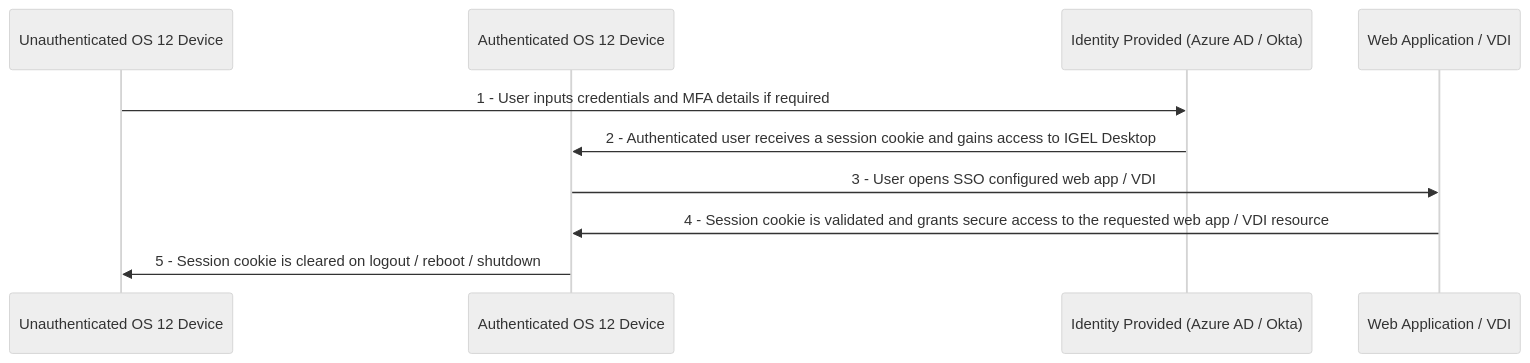
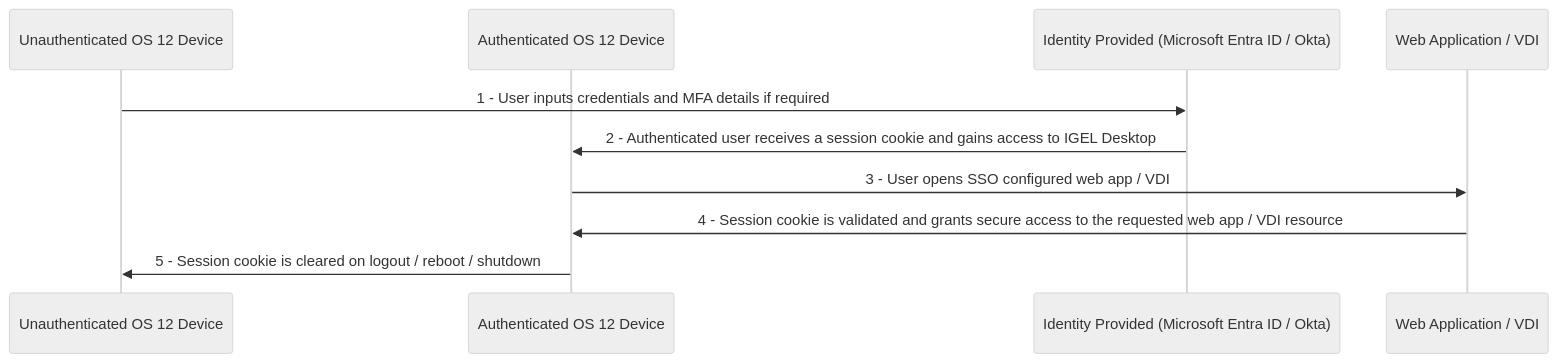
The diagram in docs/Docs/HOWTO-COSMOS.md (IGEL-Community/IGEL-Docs-v02), drawn with Mermaid (neutral theme) before and after one commit. The commit also changed other lines of this file, not shown here.

Commit message:
Microsoft Entra ID (aka Azure AD)

````diff
--- a/docs/Docs/HOWTO-COSMOS.md
+++ b/docs/Docs/HOWTO-COSMOS.md
@@ -443,12 +443,12 @@
 ```mermaid
 sequenceDiagram
   participant A as Unauthenticated OS 12 Device
   participant B as Authenticated OS 12 Device
-  participant C as Identity Provided (Azure AD / Okta)
+  participant C as Identity Provided (Microsoft Entra ID / Okta)
   participant D as Web Application / VDI
   A->>C: 1 - User inputs credentials and MFA details if required
   C->>B: 2 - Authenticated user receives a session cookie and gains access to IGEL Desktop
   B->>D: 3 - User opens SSO configured web app / VDI
   D->>B: 4 - Session cookie is validated and grants secure access to the requested web app / VDI resource
   B->>A: 5 - Session cookie is cleared on logout / reboot / shutdown
 ```
````
